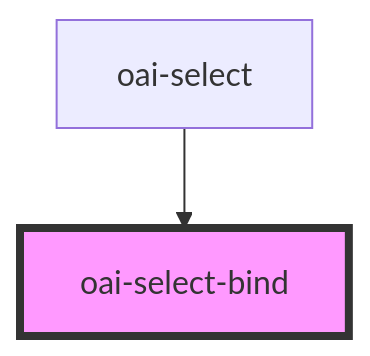
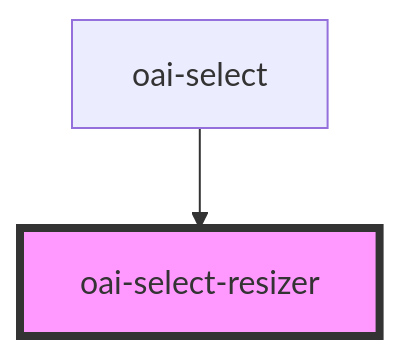
One commit to iamplus-sensiya/components-over-ai changed the diagram in src/components/select/readme.md. Above: the diagram before and after it, drawn with Mermaid. The commit also changed other lines of this file and 20 other files, not shown here.

````diff
--- a/src/components/select/readme.md
+++ b/src/components/select/readme.md
@@ -23,5 +22,5 @@
 ```mermaid
 graph TD;
-  oai-select --> oai-select-bind
-  style oai-select-bind fill:#f9f,stroke:#333,stroke-width:4px
+  oai-select --> oai-select-resizer
+  style oai-select-resizer fill:#f9f,stroke:#333,stroke-width:4px
 ```
````
